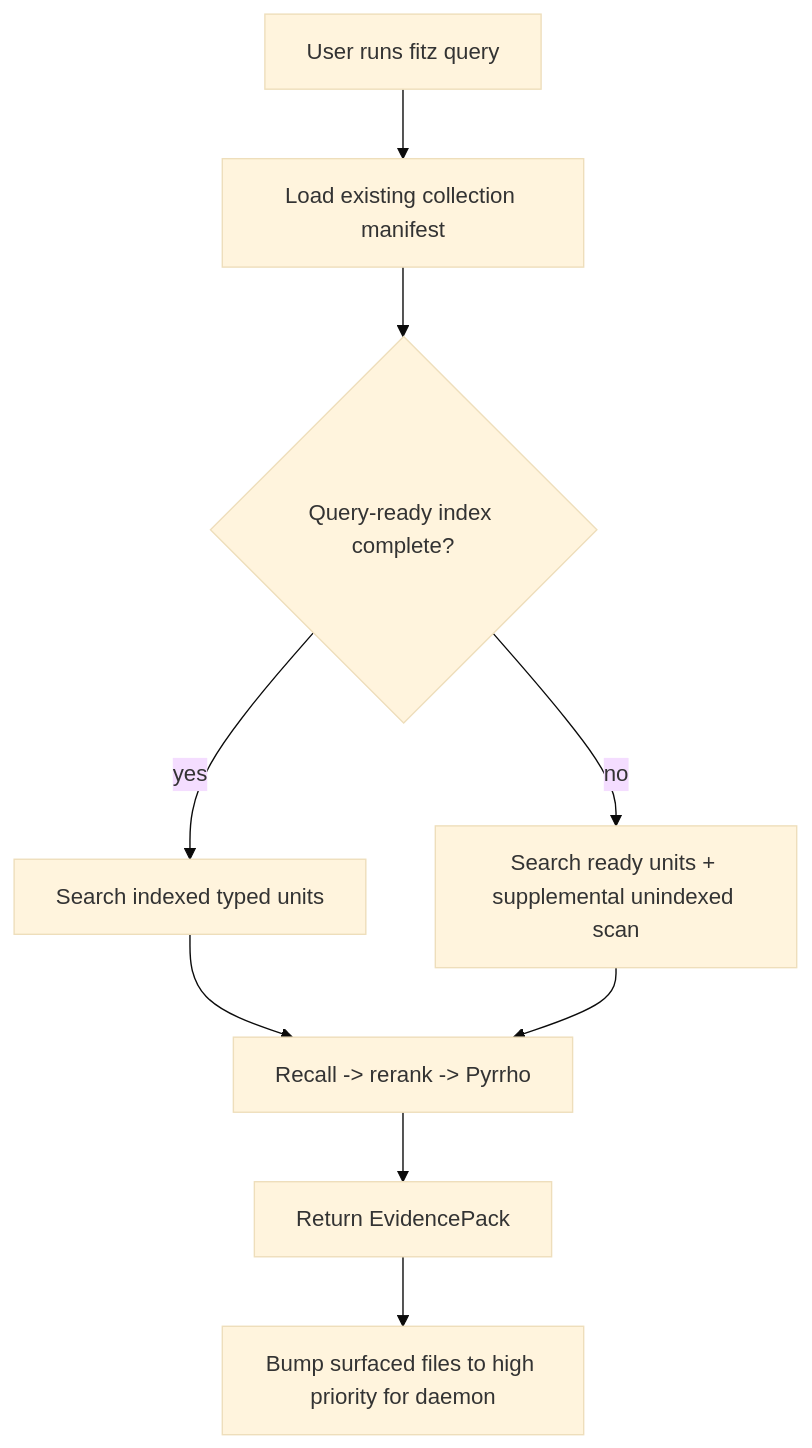
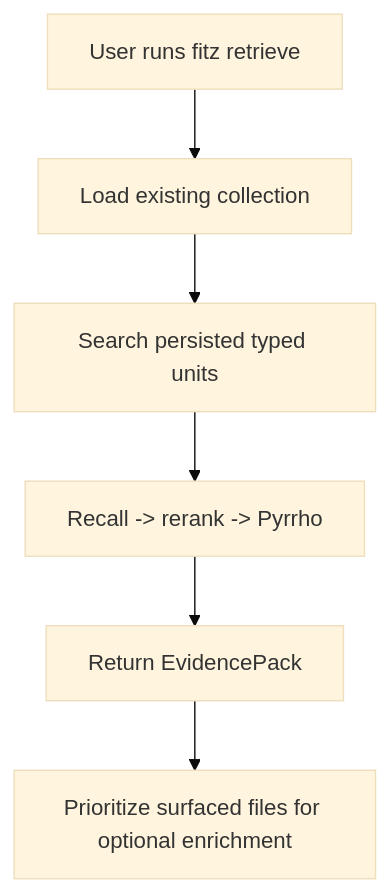
One commit to yafitzdev/fitz changed the second of 2 diagrams in docs/QUERY_UX.md. Above: the diagram before and after it, drawn with Mermaid (base theme). The commit also changed other lines of this file and 446 other files, not shown here.

````diff
--- a/docs/QUERY_UX.md
+++ b/docs/QUERY_UX.md
@@ -37,11 +33,8 @@
 ```mermaid
 flowchart TD
-    A["User runs fitz query"] --> B["Load existing collection manifest"]
-    B --> C{"Query-ready index complete?"}
-    C -->|"yes"| D["Search indexed typed units"]
-    C -->|"no"| E["Search ready units + supplemental unindexed scan"]
-    D --> F["Recall -> rerank -> Pyrrho"]
-    E --> F
-    F --> G["Return EvidencePack"]
-    G --> H["Bump surfaced files to high priority for daemon"]
+    A["User runs fitz retrieve"] --> B["Load existing collection"]
+    B --> C["Search persisted typed units"]
+    C --> D["Recall -> rerank -> Pyrrho"]
+    D --> E["Return EvidencePack"]
+    E --> F["Prioritize surfaced files for optional enrichment"]
 ```
````
